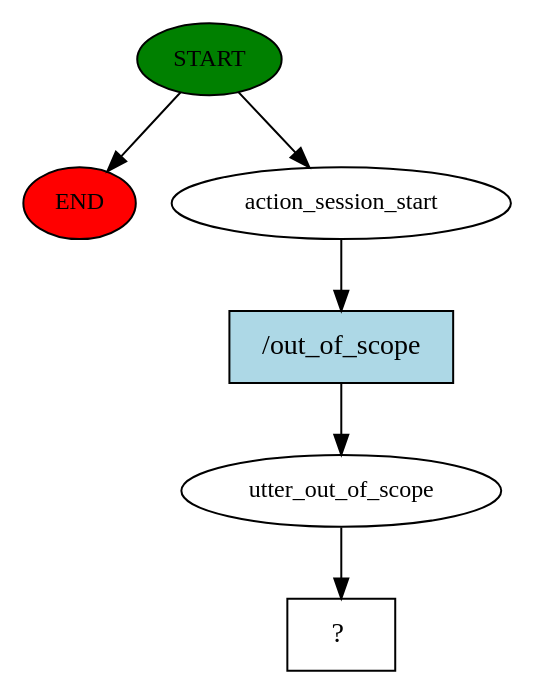
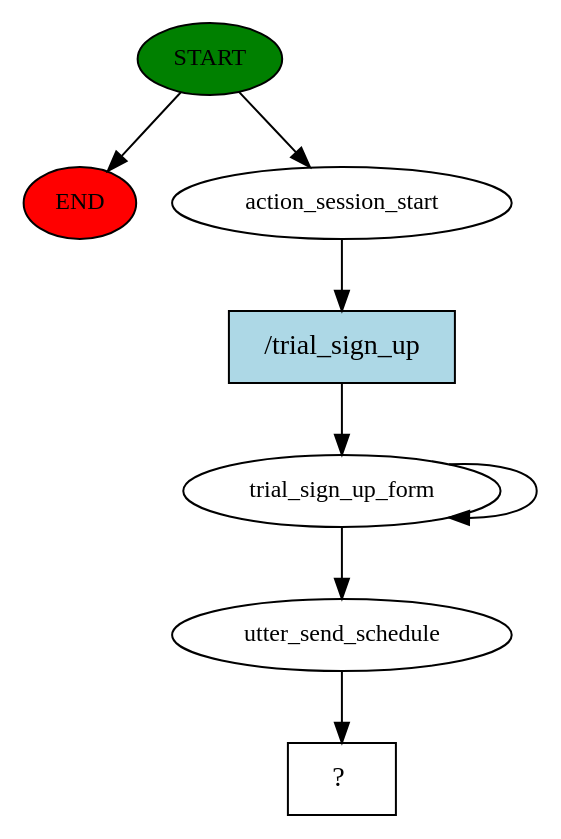
The diagram in story_graph.dot (Gigit-AI-Corporation/rasa), drawn with Graphviz before and after one commit. The commit also changed 5 other files, not shown here.

Commit message:
trial form works

```diff
--- a/story_graph.dot
+++ b/story_graph.dot
@@ -1,13 +1,16 @@
 digraph  {
 0 [class="start active", fillcolor=green, fontsize=12, label=START, style=filled];
 "-1" [class=end, fillcolor=red, fontsize=12, label=END, style=filled];
 1 [class=active, fontsize=12, label=action_session_start];
-2 [class=active, fontsize=12, label=utter_out_of_scope];
-3 [class="intent dashed active", label="  ?  ", shape=rect];
-4 [class="intent active", fillcolor=lightblue, label="/out_of_scope", shape=rect, style=filled];
+2 [class=active, fontsize=12, label=trial_sign_up_form];
+7 [class=active, fontsize=12, label=utter_send_schedule];
+8 [class="intent dashed active", label="  ?  ", shape=rect];
+9 [class="intent active", fillcolor=lightblue, label="/trial_sign_up", shape=rect, style=filled];
 0 -> "-1"  [class="", key=NONE, label=""];
 0 -> 1  [class=active, key=NONE, label=""];
-1 -> 4  [class=active, key=0];
-2 -> 3  [class=active, key=NONE, label=""];
-4 -> 2  [class=active, key=0];
+1 -> 9  [class=active, key=0];
+2 -> 2  [class=active, key=NONE, label=""];
+2 -> 7  [class=active, key=NONE, label=""];
+7 -> 8  [class=active, key=NONE, label=""];
+9 -> 2  [class=active, key=0];
 }
```
